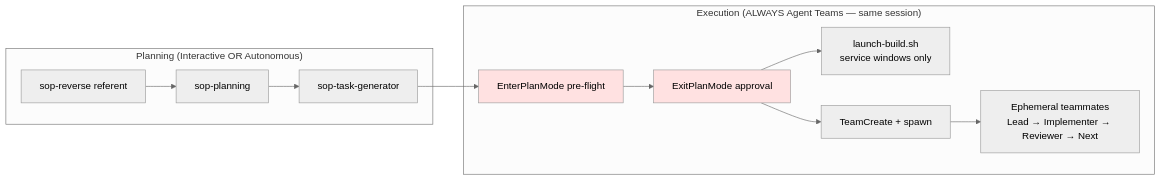
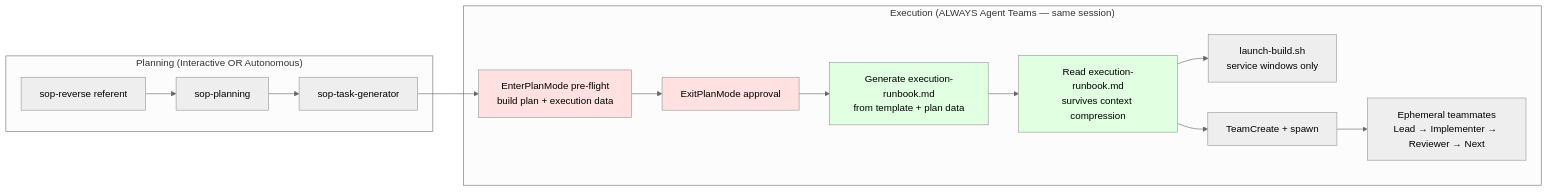
Before and after one commit to Dario-Arcos/ai-framework: the diagram in skills/ralph-orchestrator/references/execution-paths.md, drawn with Mermaid (neutral theme). The commit also changed other lines of this file and 4 other files, not shown here.

First line of the commit message:
fix(ralph-orchestrator): survive context compression via execution-runbook artifact

````diff
--- a/skills/ralph-orchestrator/references/execution-paths.md
+++ b/skills/ralph-orchestrator/references/execution-paths.md
@@ -174,18 +175,22 @@
 ```mermaid
 graph LR
     subgraph "Planning (Interactive OR Autonomous)"
         A[sop-reverse referent] --> B[sop-planning]
         B --> C[sop-task-generator]
     end
 
     subgraph "Execution (ALWAYS Agent Teams — same session)"
-        C --> D[EnterPlanMode pre-flight]
+        C --> D[EnterPlanMode pre-flight<br/>build plan + execution data]
         D --> E[ExitPlanMode approval]
-        E --> F[launch-build.sh<br/>service windows only]
-        E --> G[TeamCreate + spawn]
+        E --> W[Generate execution-runbook.md<br/>from template + plan data]
+        W --> R[Read execution-runbook.md<br/>survives context compression]
+        R --> F[launch-build.sh<br/>service windows only]
+        R --> G[TeamCreate + spawn]
         G --> H[Ephemeral teammates<br/>Lead → Implementer → Reviewer → Next]
     end
 
     style D fill:#ffe1e1
     style E fill:#ffe1e1
+    style W fill:#e1ffe1
+    style R fill:#e1ffe1
 ```
````
